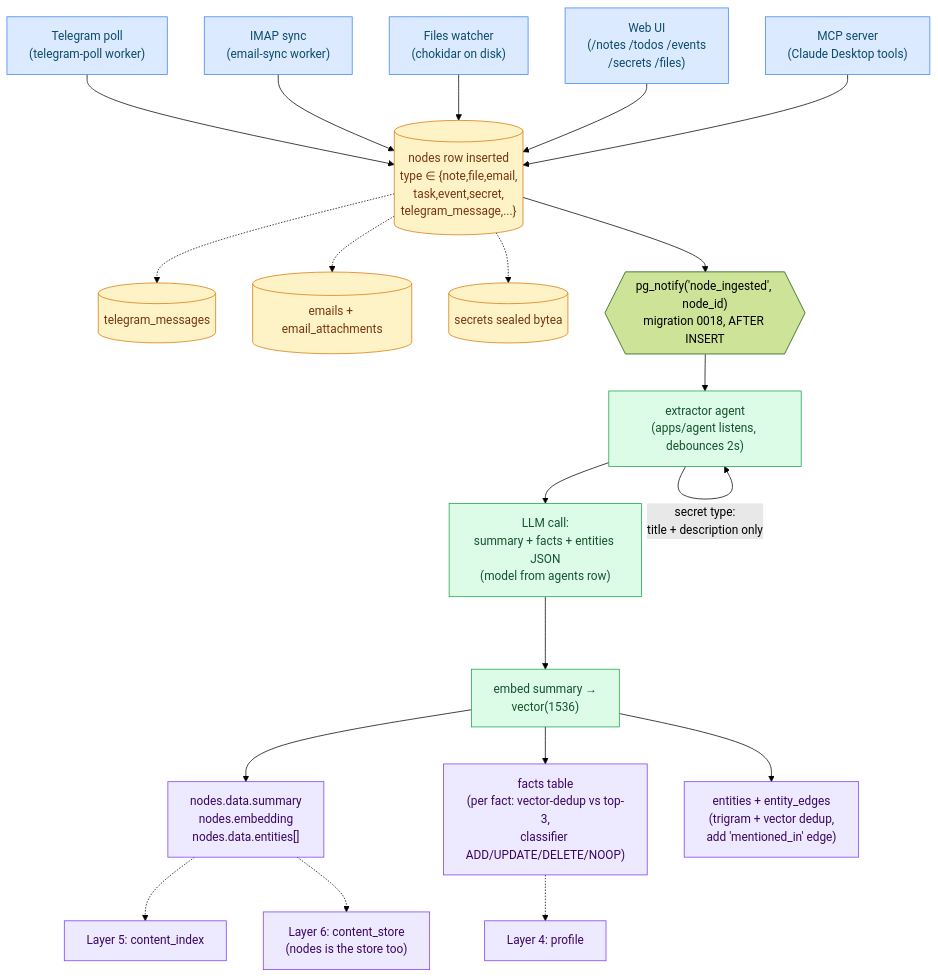
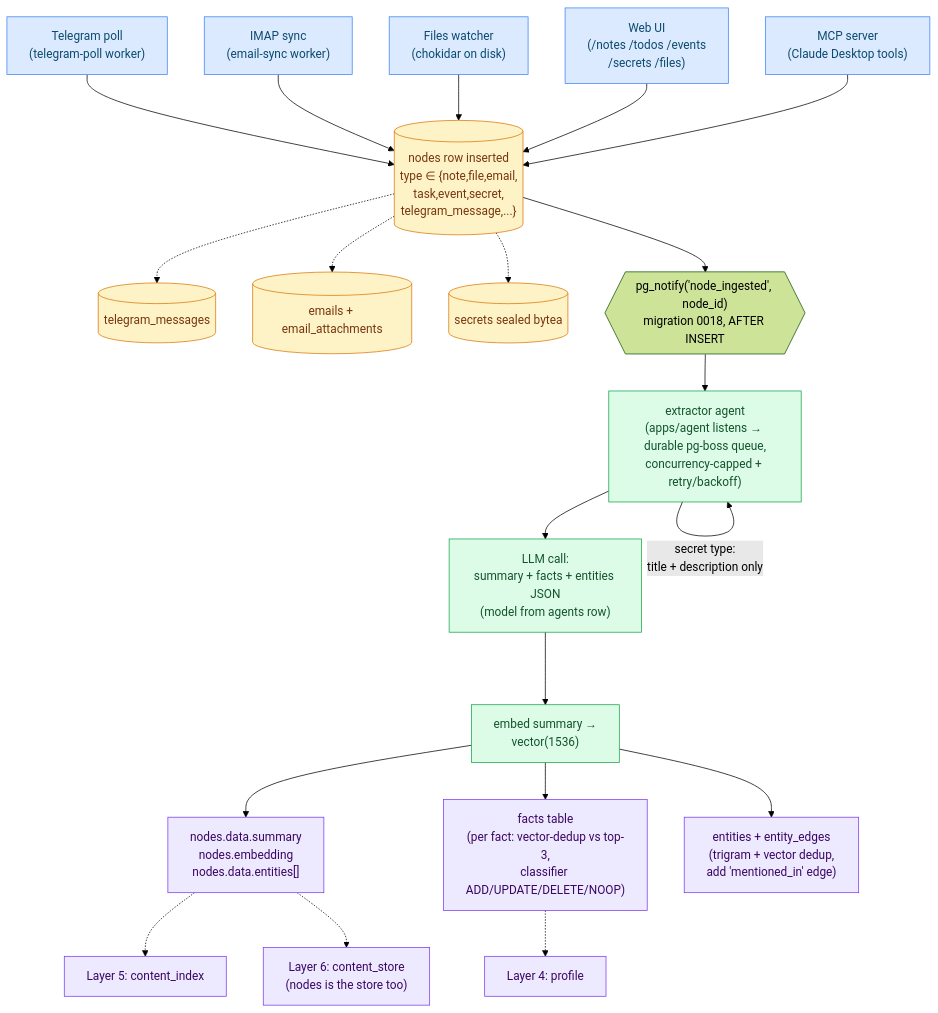
The first of 2 diagrams in docs/memory.md (crossworks-engineering/mantle), drawn with Mermaid (forest theme) before and after one commit. The commit also changed 2 other files, not shown here.

Commit message:
docs: extractor is now a durable pg-boss queue, not a 2s debounce
Update the stale 'debounces 2s' extractor references (email-ingest §,
memory.md flow diagram) and add a file-ingestion.md changelog entry
covering the queue replacement + the NUL persist fix.

````diff
--- a/docs/memory.md
+++ b/docs/memory.md
@@ -46,45 +46,45 @@
 ```mermaid
 flowchart TD
     classDef source fill:#dbeafe,stroke:#3b82f6,color:#0c4a6e
     classDef store  fill:#fef3c7,stroke:#d97706,color:#78350f
     classDef agent  fill:#dcfce7,stroke:#16a34a,color:#14532d
     classDef layer  fill:#ede9fe,stroke:#7c3aed,color:#3b0764
 
     %% Ingest sources
     TG["Telegram poll<br/>(telegram-poll worker)"]:::source
     EM["IMAP sync<br/>(email-sync worker)"]:::source
     FW["Files watcher<br/>(chokidar on disk)"]:::source
     WEB["Web UI<br/>(/notes /todos /events<br/>/secrets /files)"]:::source
     MCP["MCP server<br/>(Claude Desktop tools)"]:::source
 
     %% Persist
     N[("nodes row inserted<br/>type ∈ {note,file,email,<br/>task,event,secret,<br/>telegram_message,...}")]:::store
     TG --> N
     EM --> N
     FW --> N
     WEB --> N
     MCP --> N
 
     %% Specialised tables alongside
     N -.-> TM[("telegram_messages")]:::store
     N -.-> EROW[("emails + email_attachments")]:::store
     N -.-> SR[("secrets sealed bytea")]:::store
 
     %% Trigger
     N --> TR{{"pg_notify('node_ingested', node_id)<br/>migration 0018, AFTER INSERT"}}
 
     %% Extractor agent
-    TR --> EX["extractor agent<br/>(apps/agent listens, debounces 2s)"]:::agent
+    TR --> EX["extractor agent<br/>(apps/agent listens → durable pg-boss queue,<br/>concurrency-capped + retry/backoff)"]:::agent
     EX -- "secret type:<br/>title + description only" --> EX
     EX --> SUM["LLM call:<br/>summary + facts + entities JSON<br/>(model from agents row)"]:::agent
     SUM --> EMB["embed summary →<br/>vector(1536)"]:::agent
 
     %% Layer writes
     EMB --> CI["nodes.data.summary<br/>nodes.embedding<br/>nodes.data.entities[]"]:::layer
     EMB --> FACTS["facts table<br/>(per fact: vector-dedup vs top-3,<br/>classifier ADD/UPDATE/DELETE/NOOP)"]:::layer
     EMB --> ENT["entities + entity_edges<br/>(trigram + vector dedup,<br/>add 'mentioned_in' edge)"]:::layer
 
     CI -.-> L5["Layer 5: content_index"]:::layer
     CI -.-> L6["Layer 6: content_store<br/>(nodes is the store too)"]:::layer
     FACTS -.-> L4["Layer 4: profile"]:::layer
 ```
````
